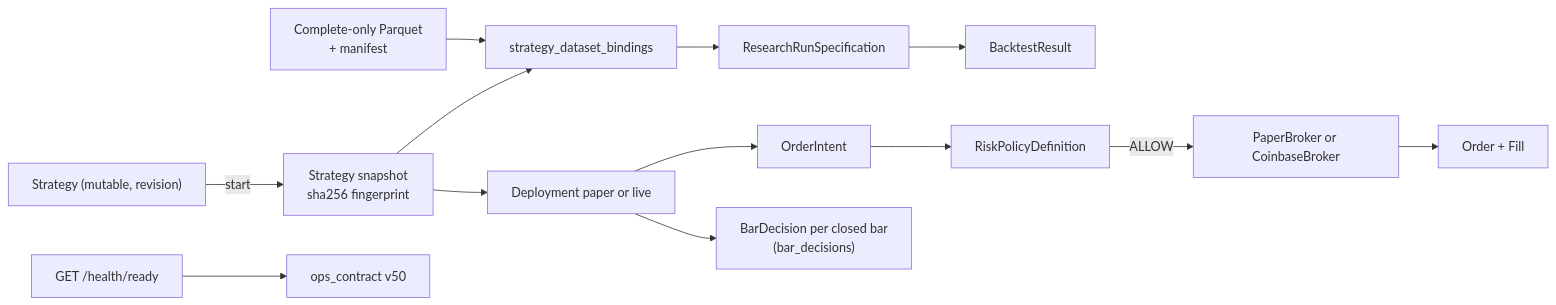
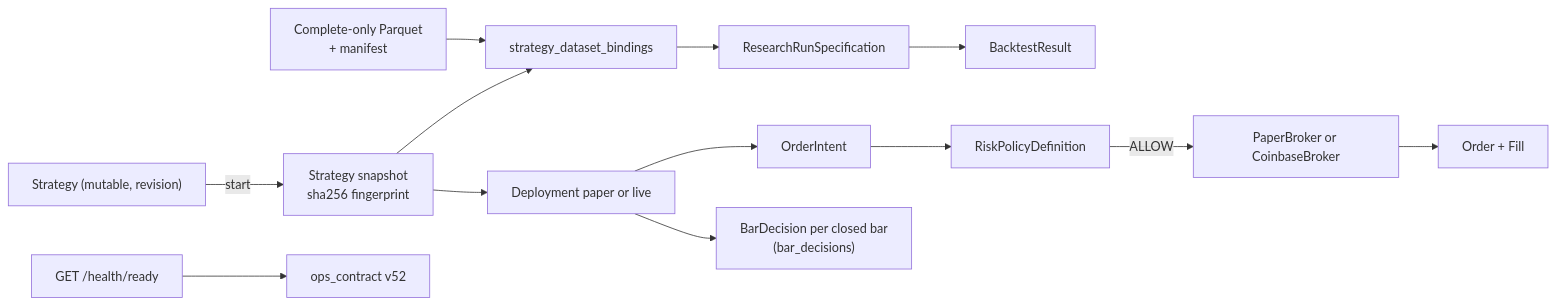
Before and after one commit to Zoltesh/thytrader: the diagram in docs/architecture/contracts/README.md, drawn with Mermaid. The commit also changed 82 other files, not shown here.

````diff
--- a/docs/architecture/contracts/README.md
+++ b/docs/architecture/contracts/README.md
@@ -20,15 +20,15 @@
 ```mermaid
 flowchart LR
   Draft["Strategy (mutable, revision)"] -->|start| Published["Strategy snapshot\nsha256 fingerprint"]
   Dataset["Complete-only Parquet\n+ manifest"] --> Binding["strategy_dataset_bindings"]
   Published --> Binding
   Binding --> RunSpec["ResearchRunSpecification"]
   RunSpec --> Result["BacktestResult"]
   Published --> Deploy["Deployment paper or live"]
   Deploy --> Intent["OrderIntent"]
   Intent --> Risk["RiskPolicyDefinition"]
   Risk -->|ALLOW| Broker["PaperBroker or CoinbaseBroker"]
   Broker --> Order["Order + Fill"]
   Deploy --> Decision["BarDecision per closed bar\n(bar_decisions)"]
-  Health["GET /health/ready"] --> Ops["ops_contract v50"]
+  Health["GET /health/ready"] --> Ops["ops_contract v52"]
 ```
````
